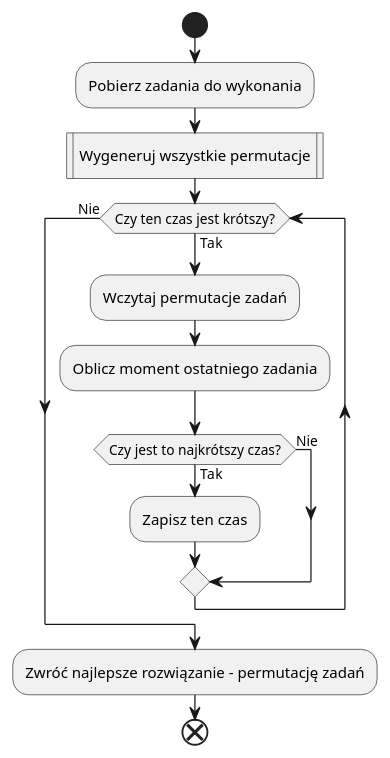
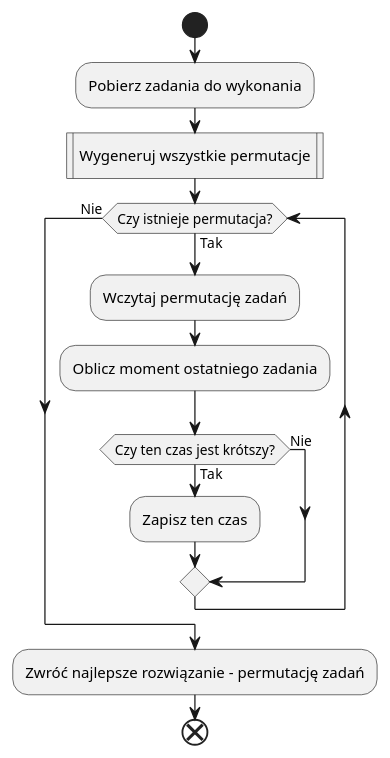
Before and after one commit to gumikola/master-thesis-doc: the diagram in chapters/chapter4/brute_force.pu, drawn with PlantUML. The commit also changed 16 other files, not shown here.

```diff
--- a/chapters/chapter4/brute_force.pu
+++ b/chapters/chapter4/brute_force.pu
@@ -1,20 +1,20 @@
 @startuml brute_force
 skinparam monochrome true
 skinparam shadowing false
 skinparam defaultTextAlignment center
 
 start
 :Pobierz zadania do wykonania;
 :Wygeneruj wszystkie permutacje|
-while (Czy ten czas jest krótszy?) is (Tak)
-  :Wczytaj permutacje zadań;
+while (Czy istnieje permutacja?) is (Tak)
+  :Wczytaj permutację zadań;
   :Oblicz moment ostatniego zadania;
-  if (Czy jest to najkrótszy czas?) then (Tak)
+  if (Czy ten czas jest krótszy?) then (Tak)
     :Zapisz ten czas;
   else (Nie)
   endif
 endwhile (Nie)
 :Zwróć najlepsze rozwiązanie - permutację zadań;
 end
 
 @enduml
```
